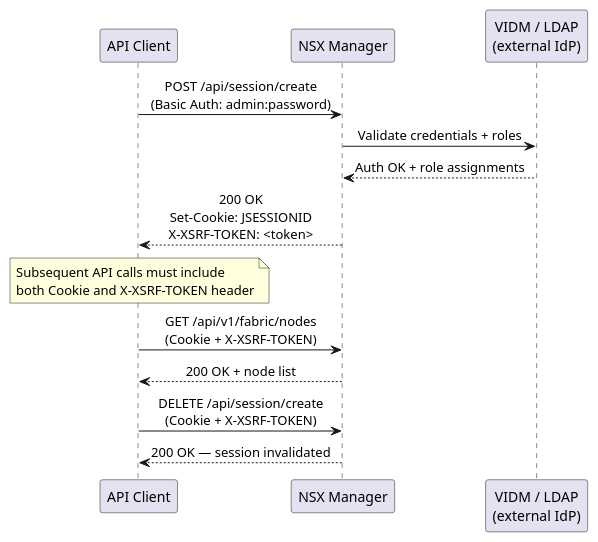
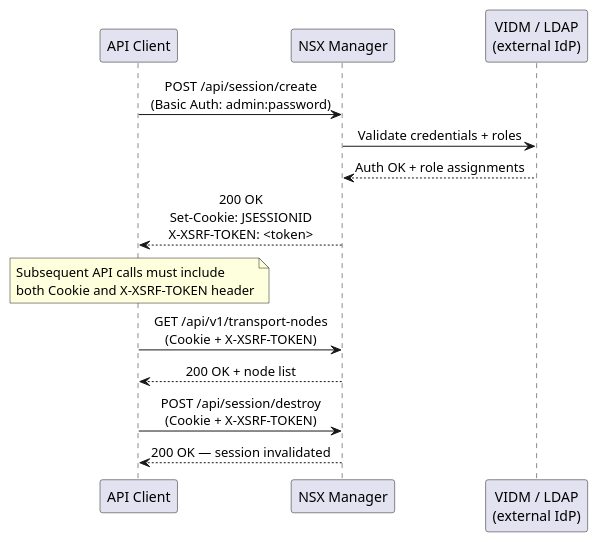
The diagram in docs/virtualization/vmware/products/nsx/security/authentication.md (canast01/chris-kb), drawn with PlantUML before and after one commit. The commit also changed other lines of this file and 141 other files, not shown here.

````diff
--- a/docs/virtualization/vmware/products/nsx/security/authentication.md
+++ b/docs/virtualization/vmware/products/nsx/security/authentication.md
@@ -15,22 +15,22 @@
 ```plantuml
 @startuml
 skinparam sequenceMessageAlign center
 
 participant "API Client" as Client
 participant "NSX Manager" as NSX
 participant "VIDM / LDAP\n(external IdP)" as IdP
 
 Client -> NSX: POST /api/session/create\n(Basic Auth: admin:password)
 NSX -> IdP: Validate credentials + roles
 IdP --> NSX: Auth OK + role assignments
 NSX --> Client: 200 OK\nSet-Cookie: JSESSIONID\nX-XSRF-TOKEN: <token>
 
 note over Client: Subsequent API calls must include\nboth Cookie and X-XSRF-TOKEN header
 
-Client -> NSX: GET /api/v1/fabric/nodes\n(Cookie + X-XSRF-TOKEN)
+Client -> NSX: GET /api/v1/transport-nodes\n(Cookie + X-XSRF-TOKEN)
 NSX --> Client: 200 OK + node list
 
-Client -> NSX: DELETE /api/session/create\n(Cookie + X-XSRF-TOKEN)
+Client -> NSX: POST /api/session/destroy\n(Cookie + X-XSRF-TOKEN)
 NSX --> Client: 200 OK — session invalidated
 @enduml
 ```
````
